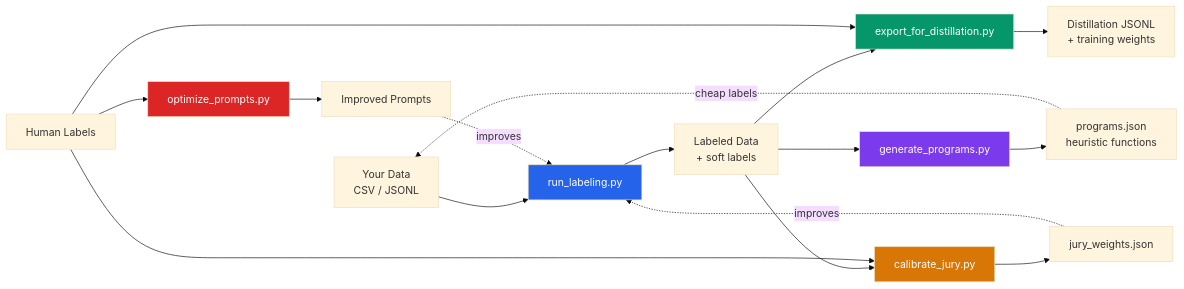
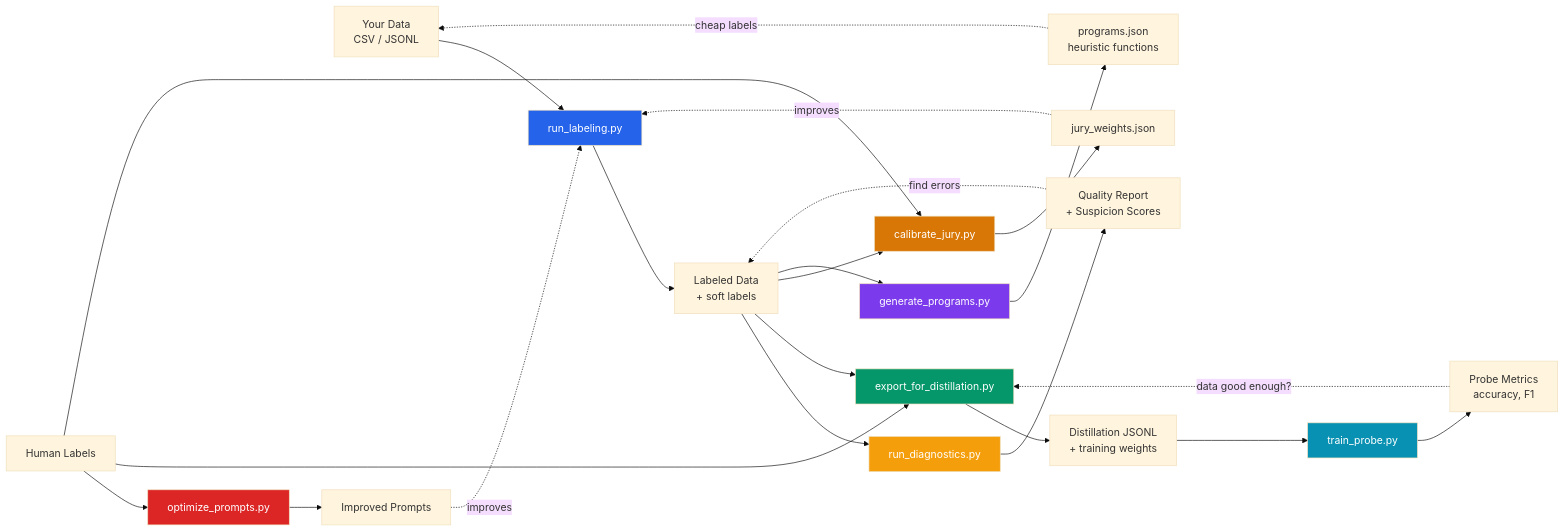
Before and after one commit to acertainKnight/autolabeler: the first of 9 diagrams in README.md, drawn with Mermaid (base theme). The commit also changed other lines of this file and 34 other files, not shown here.

````diff
--- a/README.md
+++ b/README.md
@@ -32,29 +32,39 @@
 ```mermaid
 graph LR
     A[Your Data<br/>CSV / JSONL] --> B[run_labeling.py]
     B --> C[Labeled Data<br/>+ soft labels]
 
+    C --> Diag[run_diagnostics.py]
+    Diag --> DiagOut[Quality Report<br/>+ Suspicion Scores]
+    DiagOut -.->|find errors| C
+
     C --> D[export_for_distillation.py]
     D --> E[Distillation JSONL<br/>+ training weights]
+
+    E --> Probe[train_probe.py]
+    Probe --> Metrics[Probe Metrics<br/>accuracy, F1]
+    Metrics -.->|data good enough?| D
 
     C --> F[calibrate_jury.py]
     F --> G[jury_weights.json]
     G -.->|improves| B
 
     C --> H[generate_programs.py]
     H --> I[programs.json<br/>heuristic functions]
     I -.->|cheap labels| A
 
     J[Human Labels] --> K[optimize_prompts.py]
     K --> L[Improved Prompts]
     L -.->|improves| B
 
     J --> D
     J --> F
 
     style B fill:#2563eb,color:#fff
+    style Diag fill:#f59e0b,color:#fff
     style D fill:#059669,color:#fff
+    style Probe fill:#0891b2,color:#fff
     style F fill:#d97706,color:#fff
     style H fill:#7c3aed,color:#fff
     style K fill:#dc2626,color:#fff
 ```
````
